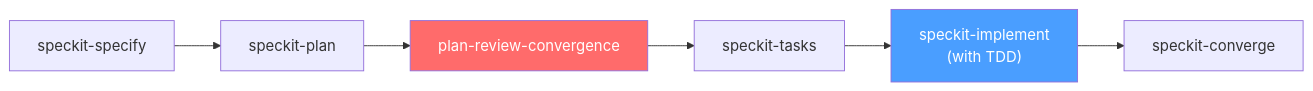
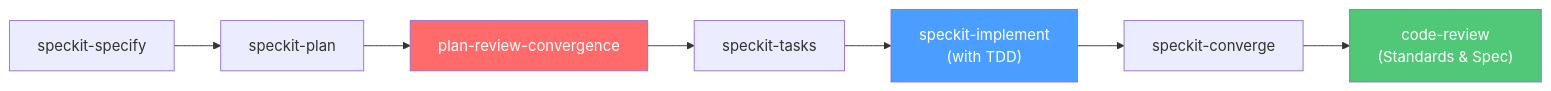
Before and after one commit to pminhtaiii/Flight-Booking-System: the diagram in context/workflow.md, drawn with Mermaid. The commit also changed other lines of this file and 3 other files, not shown here.

````diff
--- a/context/workflow.md
+++ b/context/workflow.md
@@ -13,11 +13,13 @@
 ```mermaid
 flowchart LR
     A["speckit-specify"] --> B["speckit-plan"]
     B --> C["plan-review-convergence"]
     C --> D["speckit-tasks"]
     D --> E["speckit-implement\n(with TDD)"]
     E --> F["speckit-converge"]
+    F --> G["code-review\n(Standards & Spec)"]
 
     style C fill:#ff6b6b,color:#fff
     style E fill:#4a9eff,color:#fff
+    style G fill:#50c878,color:#fff
 ```
````
